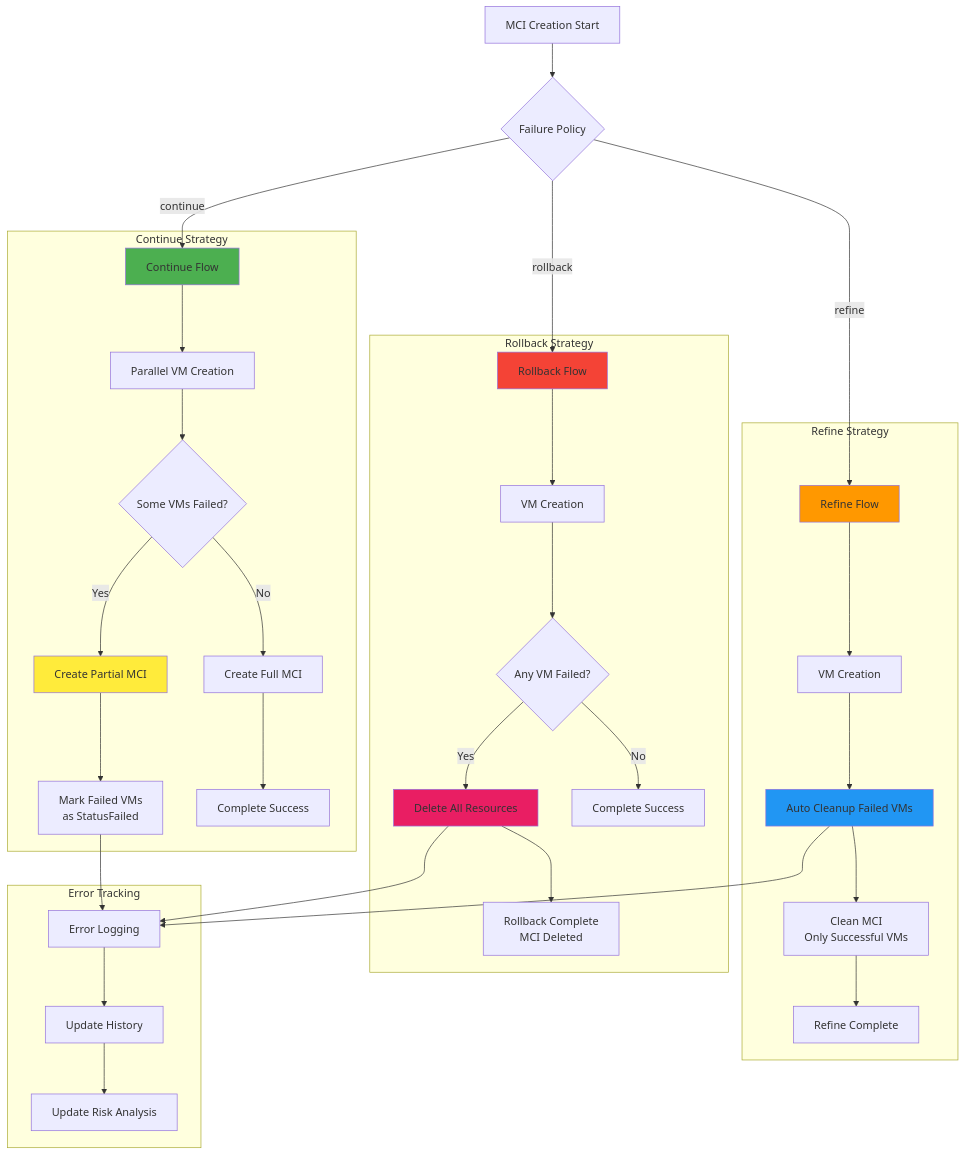
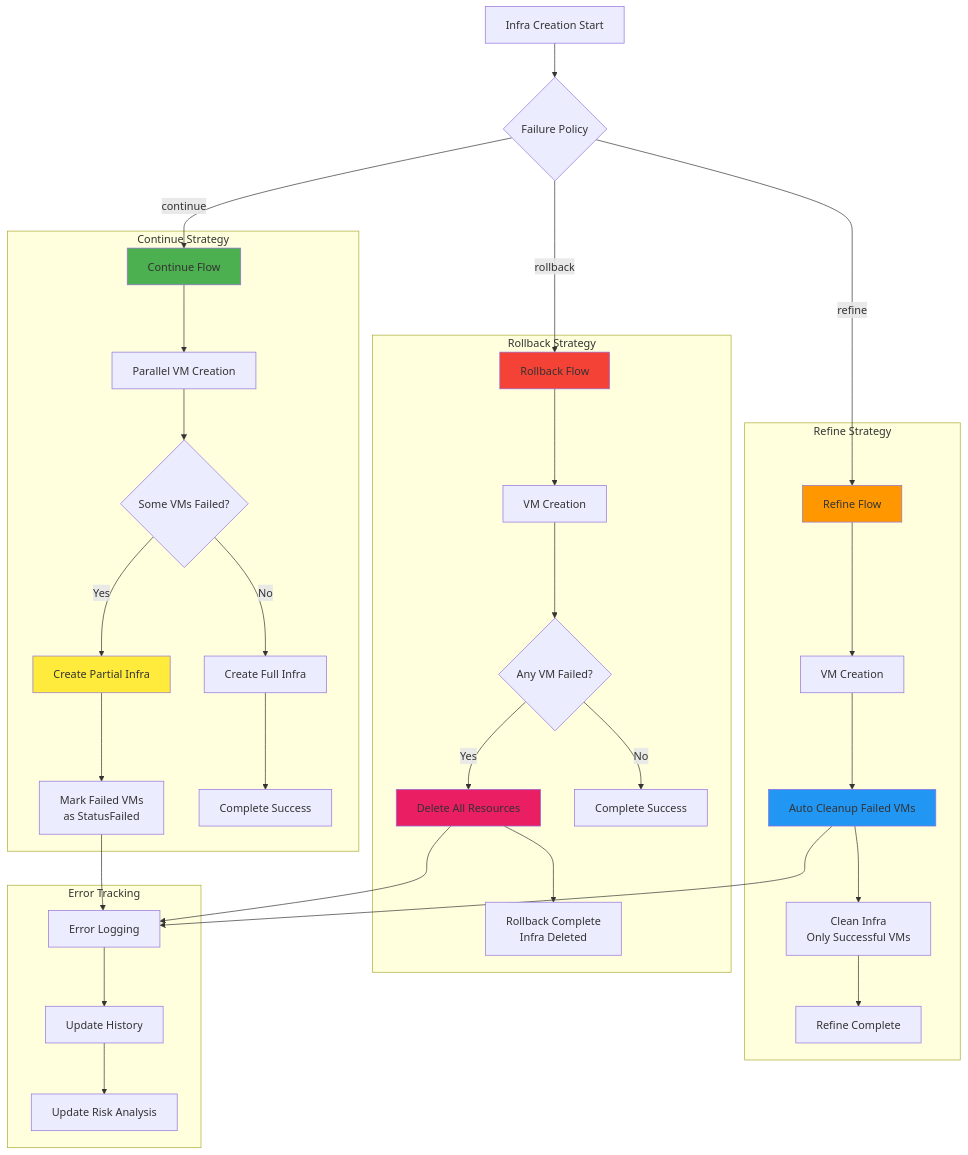
Before and after one commit to cloud-barista/cb-tumblebug: the seventh of 9 diagrams in docs/feature_guide/high-scale-provisioning-architecture.md, drawn with Mermaid. The commit also changed other lines of this file and 197 other files, not shown here.

````diff
--- a/docs/feature_guide/high-scale-provisioning-architecture.md
+++ b/docs/feature_guide/high-scale-provisioning-architecture.md
@@ -316,47 +316,47 @@
 ```mermaid
 flowchart TD
-    MCI_START[MCI Creation Start] --> POLICY{Failure Policy}
+    Infra_START[Infra Creation Start] --> POLICY{Failure Policy}
     
     POLICY -->|continue| CONTINUE_FLOW[Continue Flow]
     POLICY -->|rollback| ROLLBACK_FLOW[Rollback Flow]
     POLICY -->|refine| REFINE_FLOW[Refine Flow]
     
     subgraph "Continue Strategy"
         CONTINUE_FLOW --> VM_PARALLEL[Parallel VM Creation]
         VM_PARALLEL --> SOME_FAIL{Some VMs Failed?}
-        SOME_FAIL -->|Yes| PARTIAL_MCI[Create Partial MCI]
-        SOME_FAIL -->|No| FULL_MCI[Create Full MCI]
-        PARTIAL_MCI --> MARK_FAILED[Mark Failed VMs<br/>as StatusFailed]
-        FULL_MCI --> SUCCESS_COMPLETE[Complete Success]
+        SOME_FAIL -->|Yes| PARTIAL_Infra[Create Partial Infra]
+        SOME_FAIL -->|No| FULL_Infra[Create Full Infra]
+        PARTIAL_Infra --> MARK_FAILED[Mark Failed VMs<br/>as StatusFailed]
+        FULL_Infra --> SUCCESS_COMPLETE[Complete Success]
     end
     
     subgraph "Rollback Strategy"
         ROLLBACK_FLOW --> VM_CREATE_RB[VM Creation]
         VM_CREATE_RB --> ANY_FAIL{Any VM Failed?}
         ANY_FAIL -->|Yes| CLEANUP_ALL[Delete All Resources]
         ANY_FAIL -->|No| SUCCESS_RB[Complete Success]
-        CLEANUP_ALL --> ROLLBACK_COMPLETE[Rollback Complete<br/>MCI Deleted]
+        CLEANUP_ALL --> ROLLBACK_COMPLETE[Rollback Complete<br/>Infra Deleted]
     end
     
     subgraph "Refine Strategy"
         REFINE_FLOW --> VM_CREATE_RF[VM Creation]
         VM_CREATE_RF --> AUTO_CLEANUP[Auto Cleanup Failed VMs]
-        AUTO_CLEANUP --> CLEAN_MCI[Clean MCI<br/>Only Successful VMs]
-        CLEAN_MCI --> REFINE_COMPLETE[Refine Complete]
+        AUTO_CLEANUP --> CLEAN_Infra[Clean Infra<br/>Only Successful VMs]
+        CLEAN_Infra --> REFINE_COMPLETE[Refine Complete]
     end
     
     subgraph "Error Tracking"
         MARK_FAILED --> ERROR_LOG[Error Logging]
         CLEANUP_ALL --> ERROR_LOG
         AUTO_CLEANUP --> ERROR_LOG
         ERROR_LOG --> HIST_UPDATE[Update History]
         HIST_UPDATE --> RISK_UPDATE[Update Risk Analysis]
     end
     
     style CONTINUE_FLOW fill:#4caf50
     style ROLLBACK_FLOW fill:#f44336
     style REFINE_FLOW fill:#ff9800
-    style PARTIAL_MCI fill:#ffeb3b
+    style PARTIAL_Infra fill:#ffeb3b
     style CLEANUP_ALL fill:#e91e63
     style AUTO_CLEANUP fill:#2196f3
 ```
````
